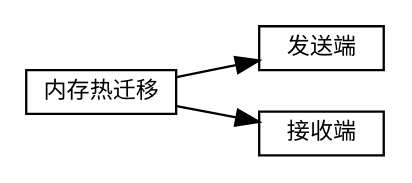
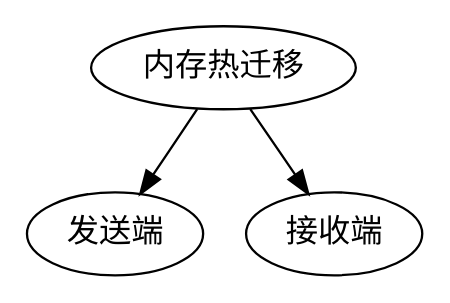
One commit to sisyphus1212/note changed the diagram in 虚拟化/热迁移/1-内存热迁移.md. Above: the diagram before and after it, drawn with Graphviz.

Commit message:
auto_update

````diff
--- a/虚拟化/热迁移/1-内存热迁移.md
+++ b/虚拟化/热迁移/1-内存热迁移.md
@@ -11,13 +11,8 @@
 ```graphviz
 digraph 热迁移 {
-fontname="Helvetica,Arial,sans-serif"
-node [fontname="Helvetica,Arial,sans-serif"]
-edge [fontname="Helvetica,Arial,sans-serif"]
-rankdir="LR"
-node [fontsize=10, shape=box, height=0.25]
-edge [fontsize=10]
+
 内存热迁移 [label="内存热迁移"]
 内存热迁移 -> 发送端
 内存热迁移 -> 接收端
 }
 ```
````
